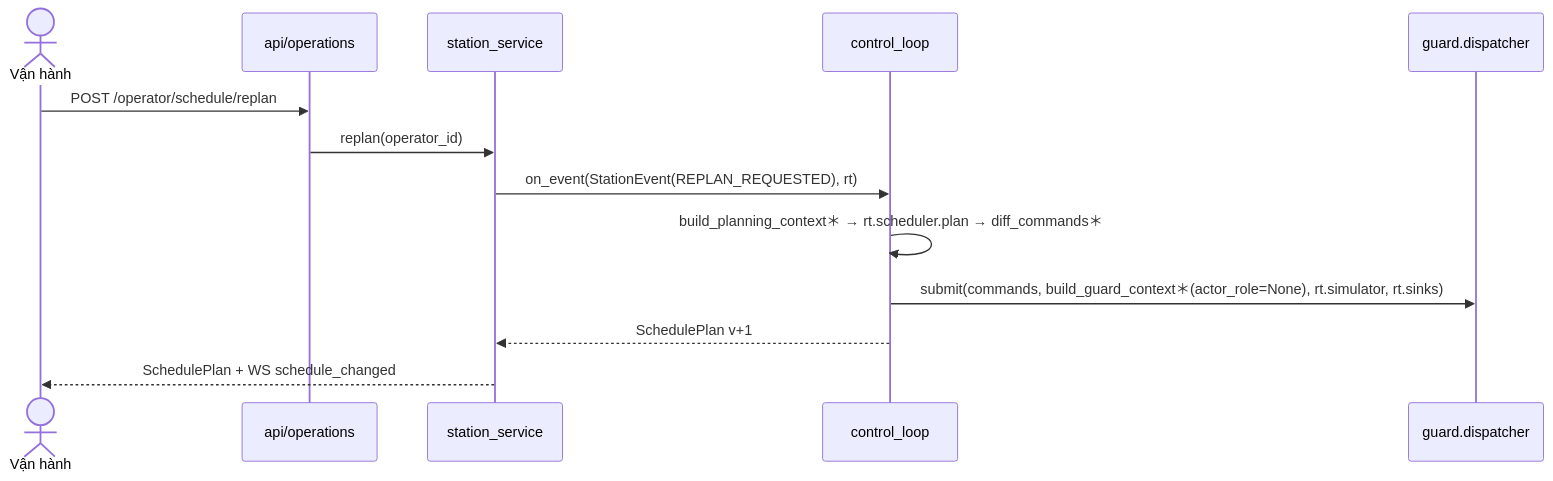
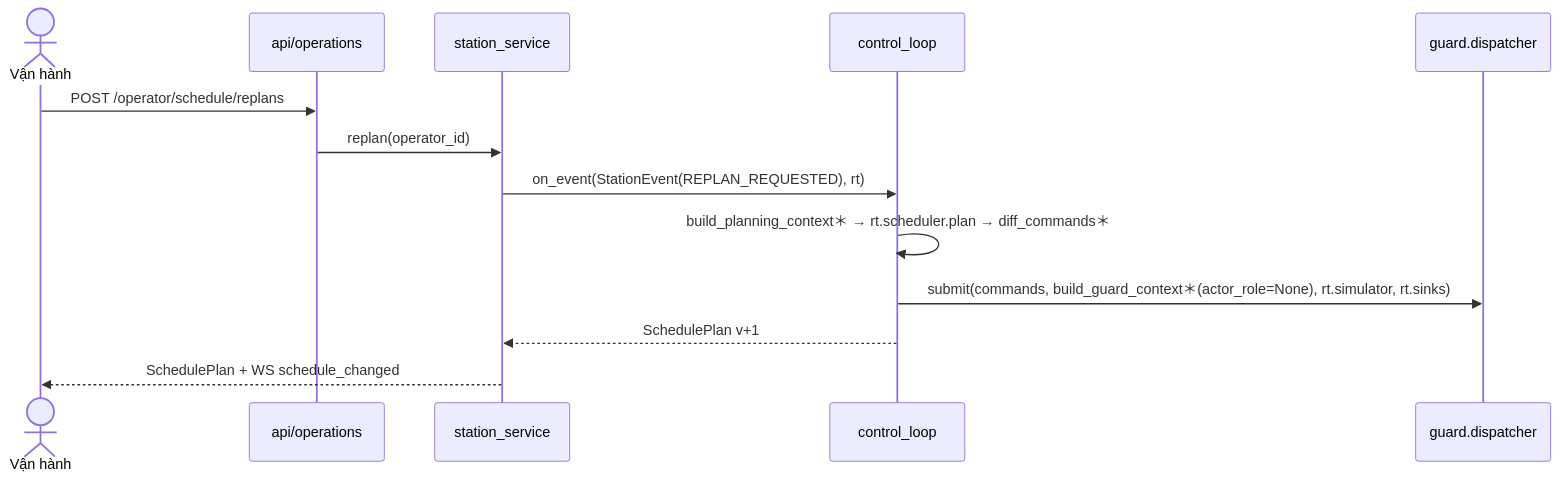
Before and after one commit to hieulhaiwork/Temp-ChargePilot-Simulator: the sixth of 6 diagrams in docs/plan/10-backend.md, drawn with Mermaid. The commit also changed other lines of this file and 111 other files, not shown here.

````diff
--- a/docs/plan/10-backend.md
+++ b/docs/plan/10-backend.md
@@ -371,15 +371,15 @@
 ```mermaid
 sequenceDiagram
     actor O as Vận hành
     participant API as api/operations
     participant ST as station_service
     participant CL as control_loop
     participant DP as guard.dispatcher
-    O->>API: POST /operator/schedule/replan
+    O->>API: POST /operator/schedule/replans
     API->>ST: replan(operator_id)
     ST->>CL: on_event(StationEvent(REPLAN_REQUESTED), rt)
     CL->>CL: build_planning_context＊ → rt.scheduler.plan → diff_commands＊
     CL->>DP: submit(commands, build_guard_context＊(actor_role=None), rt.simulator, rt.sinks)
     CL-->>ST: SchedulePlan v+1
     ST-->>O: SchedulePlan + WS schedule_changed
 ```
````
